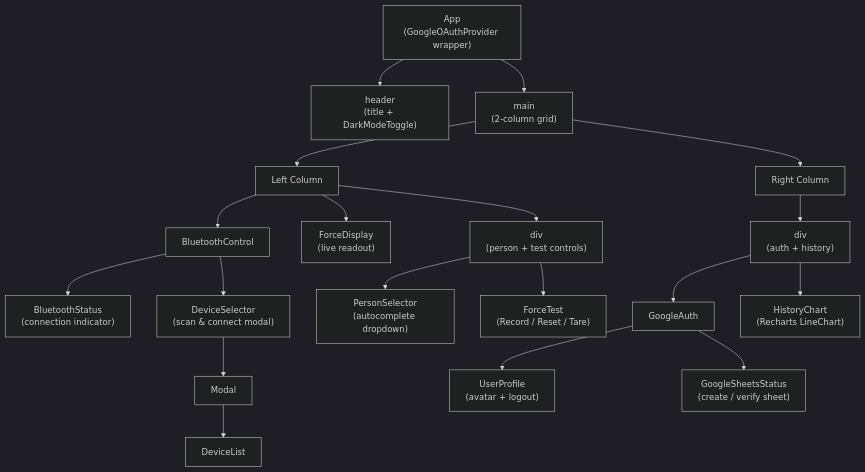
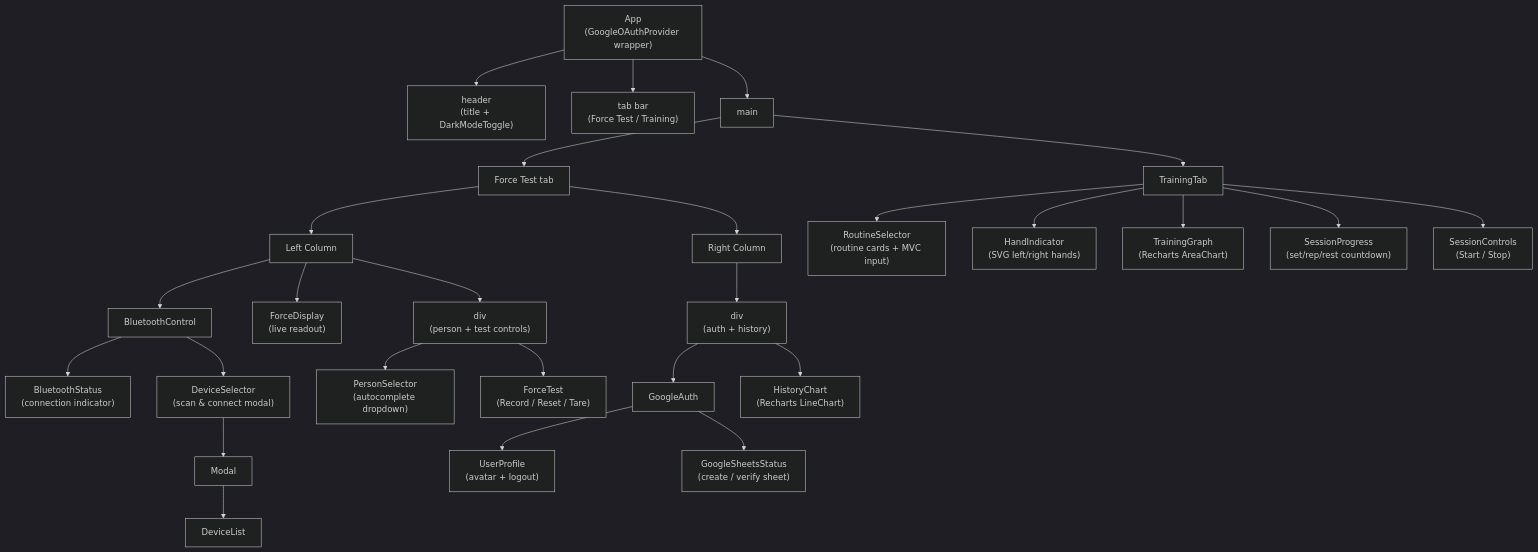
The second of 23 diagrams in ARCHITECTURE.md (DerekLieww/Force-Recorder), drawn with Mermaid (dark theme) before and after one commit. The commit also changed other lines of this file and 1 other file, not shown here.

Commit message:
feat: Update Architecture & Readme with training feat

````diff
--- a/ARCHITECTURE.md
+++ b/ARCHITECTURE.md
@@ -135,28 +137,38 @@
 ```mermaid
 graph TD
     App["App<br/>(GoogleOAuthProvider wrapper)"]
 
     App --> Header["header<br/>(title + DarkModeToggle)"]
-    App --> Main["main<br/>(2-column grid)"]
+    App --> TabBar["tab bar<br/>(Force Test / Training)"]
+    App --> Main["main"]
 
-    Main --> Left["Left Column"]
-    Main --> Right["Right Column"]
+    Main --> ForceTestTab["Force Test tab"]
+    Main --> TrainingTabComp["TrainingTab"]
+
+    ForceTestTab --> Left["Left Column"]
+    ForceTestTab --> Right["Right Column"]
 
     Left --> BTControl["BluetoothControl"]
     Left --> ForceDisplay["ForceDisplay<br/>(live readout)"]
     Left --> Div1["div<br/>(person + test controls)"]
 
     BTControl --> BTStatus["BluetoothStatus<br/>(connection indicator)"]
     BTControl --> DeviceSelector["DeviceSelector<br/>(scan & connect modal)"]
     DeviceSelector --> Modal["Modal"]
     Modal --> DeviceList["DeviceList"]
 
     Div1 --> PersonSelector["PersonSelector<br/>(autocomplete dropdown)"]
     Div1 --> ForceTest["ForceTest<br/>(Record / Reset / Tare)"]
 
     Right --> Div2["div<br/>(auth + history)"]
     Div2 --> GoogleAuth["GoogleAuth"]
     Div2 --> HistoryChart["HistoryChart<br/>(Recharts LineChart)"]
     GoogleAuth --> UserProfile["UserProfile<br/>(avatar + logout)"]
     GoogleAuth --> SheetsStatus["GoogleSheetsStatus<br/>(create / verify sheet)"]
+
+    TrainingTabComp --> RoutineSelector["RoutineSelector<br/>(routine cards + MVC input)"]
+    TrainingTabComp --> HandIndicator["HandIndicator<br/>(SVG left/right hands)"]
+    TrainingTabComp --> TrainingGraph["TrainingGraph<br/>(Recharts AreaChart)"]
+    TrainingTabComp --> SessionProgress["SessionProgress<br/>(set/rep/rest countdown)"]
+    TrainingTabComp --> SessionControls["SessionControls<br/>(Start / Stop)"]
 ```
````
